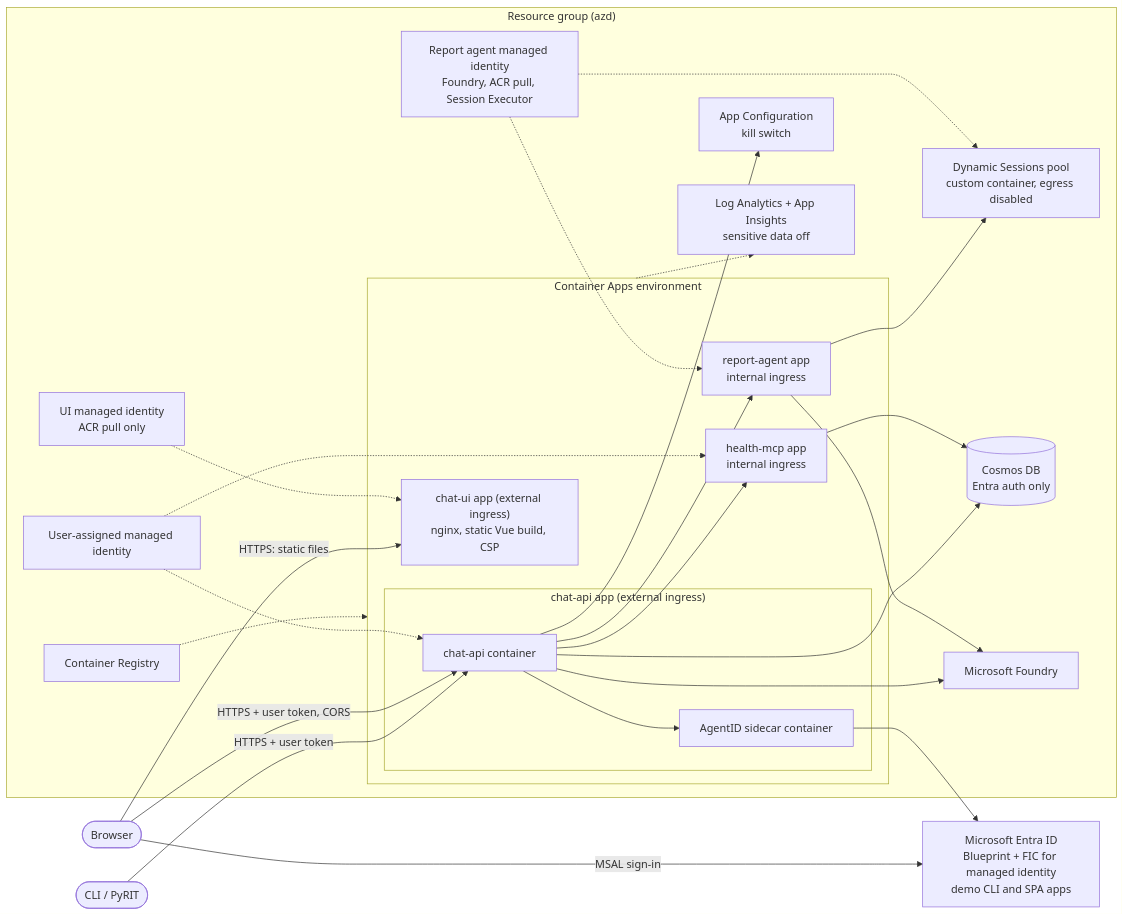
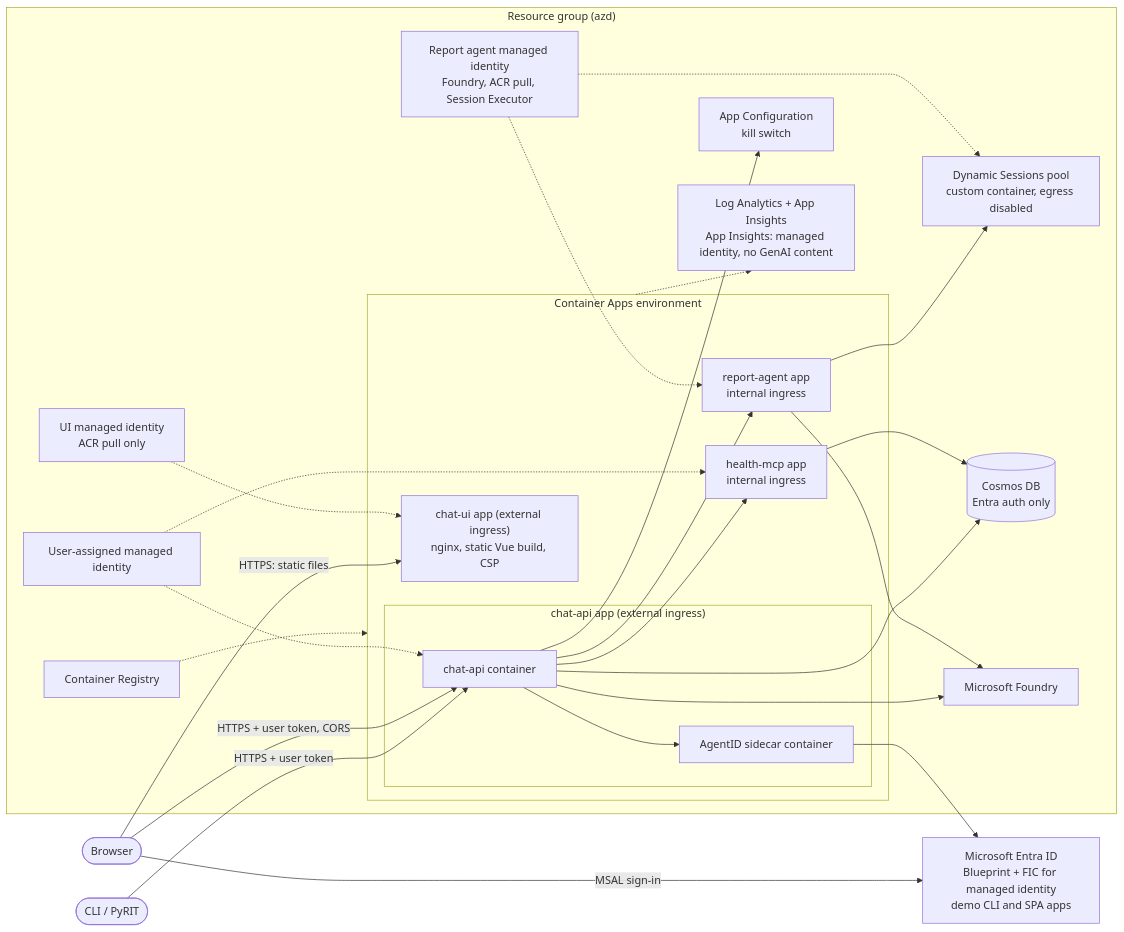
The sixth of 7 diagrams in docs/architecture.md (willvelida/owasp-agents-sample), drawn with Mermaid before and after one commit. The commit also changed other lines of this file and 36 other files, not shown here.

````diff
--- a/docs/architecture.md
+++ b/docs/architecture.md
@@ -188,49 +188,49 @@
 ```mermaid
 flowchart LR
     cli([CLI / PyRIT])
     browser([Browser])
     entra["Microsoft Entra ID<br/>Blueprint + FIC for managed identity<br/>demo CLI and SPA apps"]
 
     subgraph rg["Resource group (azd)"]
         subgraph cae["Container Apps environment"]
             subgraph chatapp["chat-api app (external ingress)"]
                 chat["chat-api container"]
                 sidecar["AgentID sidecar container"]
             end
             ui["chat-ui app (external ingress)<br/>nginx, static Vue build, CSP"]
             mcp["health-mcp app<br/>internal ingress"]
             report["report-agent app<br/>internal ingress"]
         end
         sessions["Dynamic Sessions pool<br/>custom container, egress disabled"]
         mi["User-assigned managed identity"]
         reportmi["Report agent managed identity<br/>Foundry, ACR pull, Session Executor"]
         uimi["UI managed identity<br/>ACR pull only"]
         cosmos[("Cosmos DB<br/>Entra auth only")]
         foundry["Microsoft Foundry"]
         appconfig["App Configuration<br/>kill switch"]
         acr["Container Registry"]
-        logs["Log Analytics + App Insights<br/>sensitive data off"]
+        logs["Log Analytics + App Insights<br/>App Insights: managed identity, no GenAI content"]
     end
 
     cli -->|"HTTPS + user token"| chat
     browser -->|"HTTPS: static files"| ui
     browser -->|"HTTPS + user token, CORS"| chat
     browser -->|"MSAL sign-in"| entra
     chat --> sidecar
     sidecar --> entra
     chat --> mcp
     chat --> report
     report --> sessions
     mi -.-> chat
     mi -.-> mcp
     reportmi -.-> report
     reportmi -.-> sessions
     uimi -.-> ui
     chat --> cosmos
     mcp --> cosmos
     chat --> foundry
     report --> foundry
     chat --> appconfig
     acr -.-> cae
     cae -.-> logs
 ```
````
